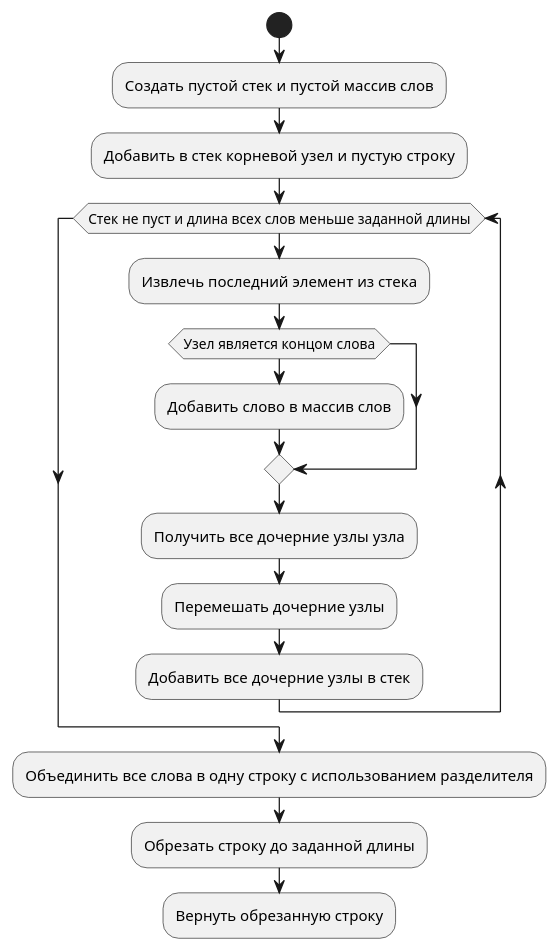
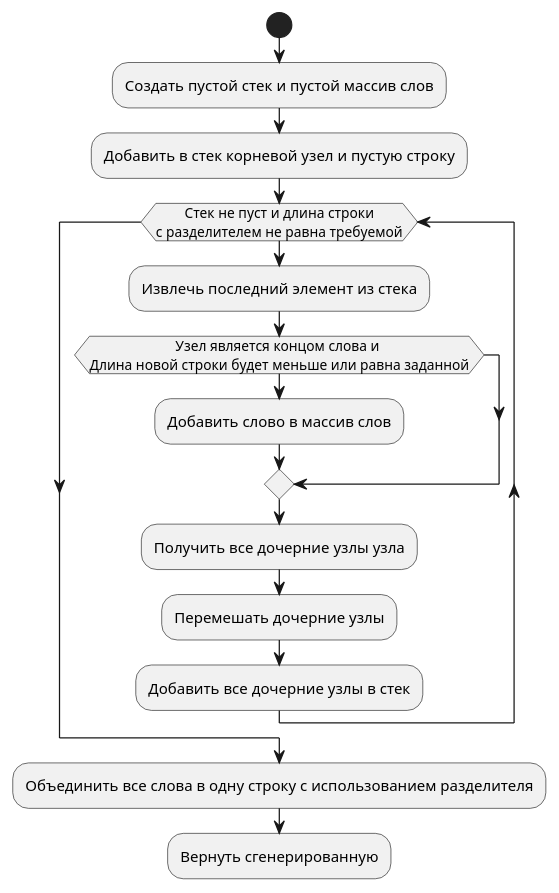
One commit to Lixonik/diploma changed the diagram in puml_api/methods/getRandomFullString/getRandomFullString_dfs_stack.puml. Above: the diagram before and after it, drawn with PlantUML. The commit also changed 27 other files, not shown here.

```diff
--- a/puml_api/methods/getRandomFullString/getRandomFullString_dfs_stack.puml
+++ b/puml_api/methods/getRandomFullString/getRandomFullString_dfs_stack.puml
@@ -1,17 +1,16 @@
 @startuml
 start
 :Создать пустой стек и пустой массив слов;
 :Добавить в стек корневой узел и пустую строку;
-while (Стек не пуст и длина всех слов меньше заданной длины)
+while (\tСтек не пуст и длина строки\nс разделителем не равна требуемой)
   :Извлечь последний элемент из стека;
-  if (Узел является концом слова)
-    :Добавить слово в массив слов;
-  endif
+   if (\t\t\tУзел является концом слова и\nДлина новой строки будет меньше или равна заданной)
+     :Добавить слово в массив слов;
+   endif
   :Получить все дочерние узлы узла;
   :Перемешать дочерние узлы;
   :Добавить все дочерние узлы в стек;
 endwhile
 :Объединить все слова в одну строку с использованием разделителя;
-:Обрезать строку до заданной длины;
-:Вернуть обрезанную строку;
+:Вернуть сгенерированную;
 @enduml
```
